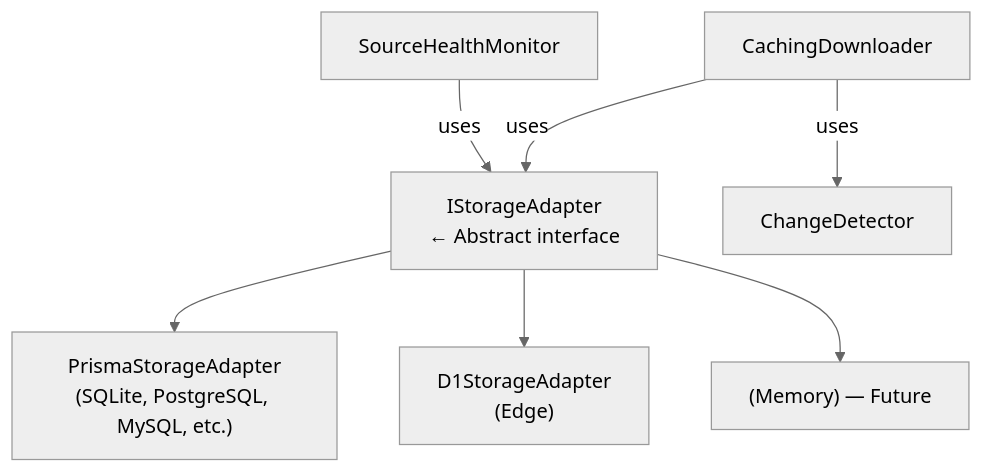
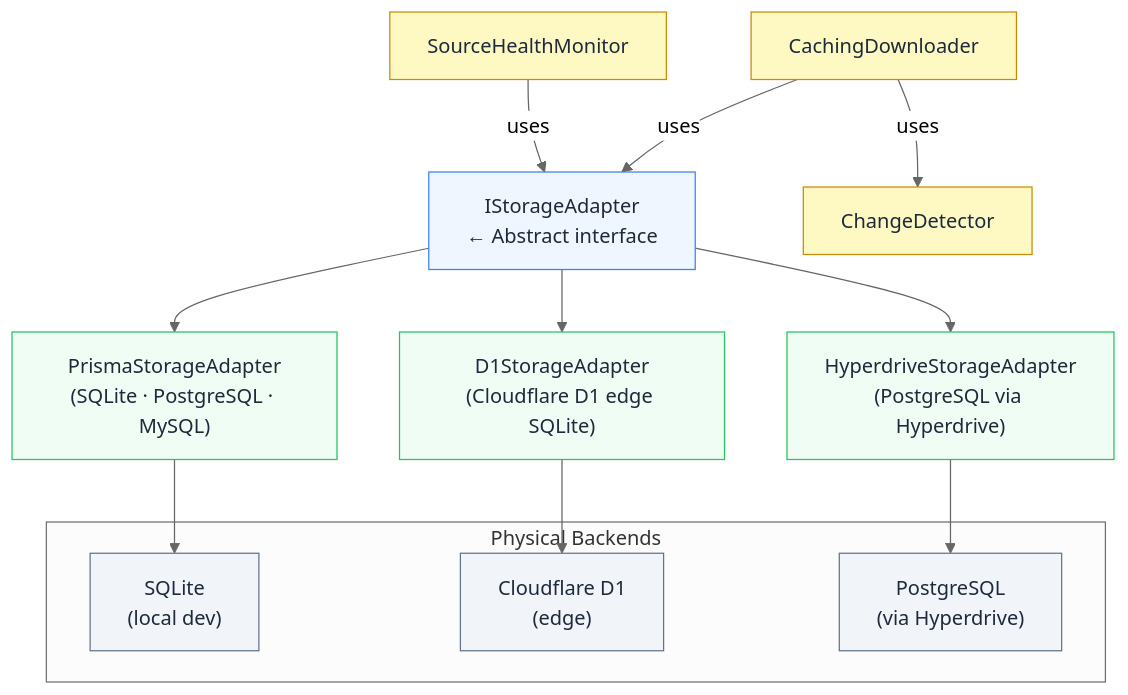
One commit to jaypatrick/adblock-compiler changed the eighth of 19 diagrams in docs/development/ARCHITECTURE.md. Above: the diagram before and after it, drawn with Mermaid (neutral theme). The commit also changed other lines of this file, not shown here.

First line of the commit message:
docs: refresh ARCHITECTURE.md with current architecture, full diagram coverage, and color coding (#1100)

````diff
--- a/docs/development/ARCHITECTURE.md
+++ b/docs/development/ARCHITECTURE.md
@@ -269,10 +327,25 @@
 ```mermaid
 flowchart TD
-    ISA["IStorageAdapter\n← Abstract interface"]
-    ISA --> PSA["PrismaStorageAdapter\n(SQLite, PostgreSQL, MySQL, etc.)"]
-    ISA --> D1A["D1StorageAdapter\n(Edge)"]
-    ISA --> MEM["(Memory) — Future"]
-    CD["CachingDownloader"] -->|uses| ISA
-    SHM["SourceHealthMonitor"] -->|uses| ISA
-    CD -->|uses| CHD["ChangeDetector"]
+    classDef interface fill:#eff6ff,stroke:#3b82f6,color:#1e293b
+    classDef adapter fill:#f0fdf4,stroke:#22c55e,color:#1e293b
+    classDef consumer fill:#fef9c3,stroke:#ca8a04,color:#1e293b
+    classDef infra fill:#f1f5f9,stroke:#64748b,color:#1e293b
+
+    ISA["IStorageAdapter\n← Abstract interface"]:::interface
+    ISA --> PSA["PrismaStorageAdapter\n(SQLite · PostgreSQL · MySQL)"]:::adapter
+    ISA --> D1A["D1StorageAdapter\n(Cloudflare D1 edge SQLite)"]:::adapter
+    ISA --> HDA["HyperdriveStorageAdapter\n(PostgreSQL via Hyperdrive)"]:::adapter
+    CD["CachingDownloader"]:::consumer -->|uses| ISA
+    SHM["SourceHealthMonitor"]:::consumer -->|uses| ISA
+    CD -->|uses| CHD["ChangeDetector"]:::consumer
+
+    subgraph BACKEND["Physical Backends"]
+        SQLITE["SQLite\n(local dev)"]:::infra
+        D1DB["Cloudflare D1\n(edge)"]:::infra
+        PGDB["PostgreSQL\n(via Hyperdrive)"]:::infra
+    end
+
+    PSA --> SQLITE
+    D1A --> D1DB
+    HDA --> PGDB
 ```
````
